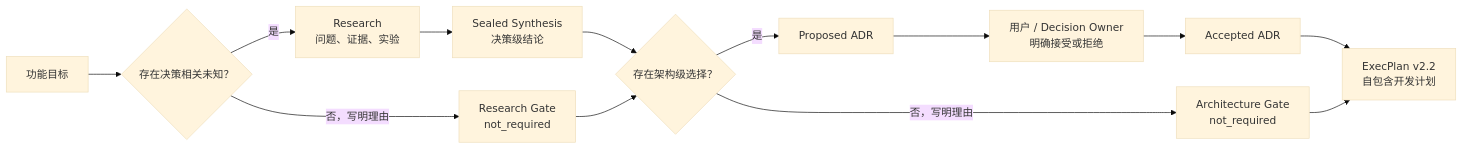
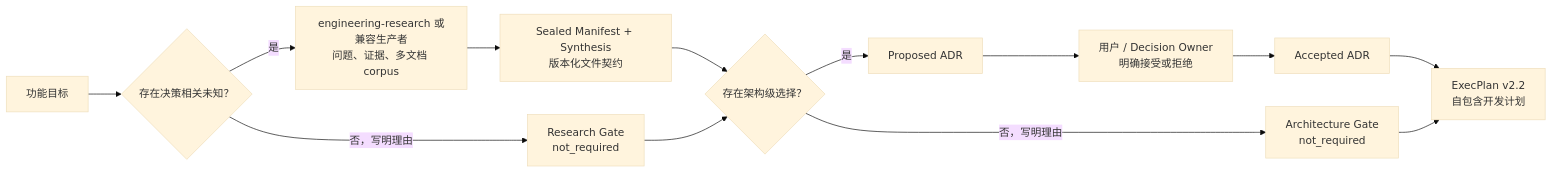
The diagram in SKILL.md (XiaoWeiKIN/RepoFoundryAI), drawn with Mermaid (base theme) before and after one commit. The commit also changed other lines of this file and 28 other files, not shown here.

Commit message:
feat: split engineering research into companion skill

````diff
--- a/SKILL.md
+++ b/SKILL.md
@@ -11,15 +11,15 @@
 ```mermaid
 flowchart LR
     F["功能目标"] --> Q{"存在决策相关未知？"}
-    Q -->|"是"| R["Research<br/>问题、证据、实验"]
-    R --> S["Sealed Synthesis<br/>决策级结论"]
+    Q -->|"是"| R["engineering-research 或兼容生产者<br/>问题、证据、多文档 corpus"]
+    R --> S["Sealed Manifest + Synthesis<br/>版本化文件契约"]
     Q -->|"否，写明理由"| RG["Research Gate<br/>not_required"]
     S --> A{"存在架构级选择？"}
     A -->|"是"| P["Proposed ADR"]
     P --> H["用户 / Decision Owner<br/>明确接受或拒绝"]
     H --> D["Accepted ADR"]
     A -->|"否，写明理由"| AG["Architecture Gate<br/>not_required"]
     D --> EP["ExecPlan v2.2<br/>自包含开发计划"]
     RG --> A
     AG --> EP
 ```
````
